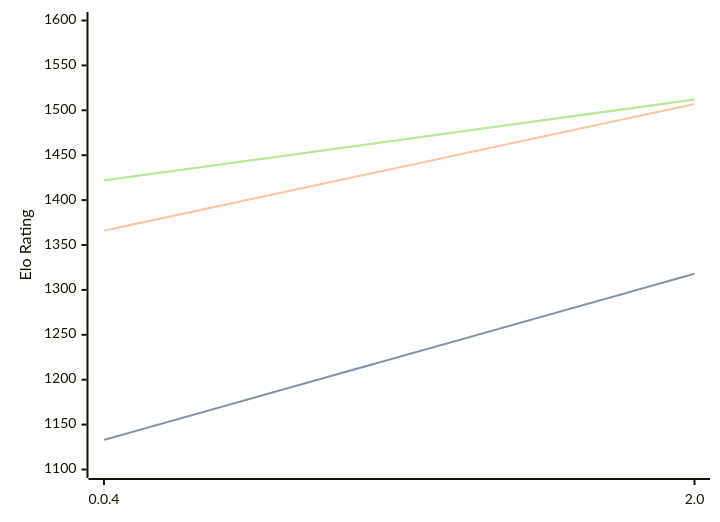
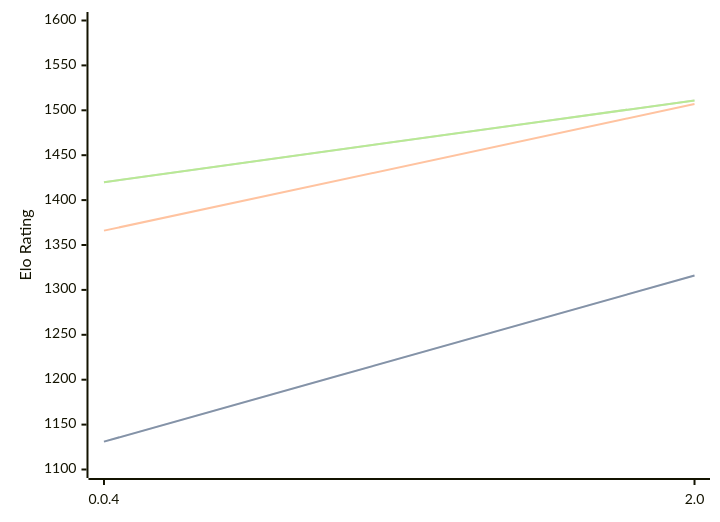
One commit to computer-chess-index/cci changed the diagram in engines/Oops!Mate.md. Above: the diagram before and after it, drawn with Mermaid. The commit also changed other lines of this file, not shown here.

Commit message:
Update CCI Ratings (ELO VLTC) - 2026-03-09

````diff
--- a/engines/Oops!Mate.md
+++ b/engines/Oops!Mate.md
@@ -49,11 +49,11 @@
 ```mermaid
 %%{init: {"theme":"base","themeVariables":{"seriesColors:['#a3a3a3','#222221','#faa371']}}}%%
 xychart-beta
   x-axis ["0.0.4", "2.0"]
   y-axis "Elo Rating" 1100 --> 1600
-  line "STC (8.0+0.08s)" [1133, 1318]
-  line "STC (8.0+0.08s)" [1133, 1318]
+  line "STC (8.0+0.08s)" [1131, 1316]
+  line "STC (8.0+0.08s)" [1131, 1316]
   line "LTC (60.0+0.60s)" [1366, 1507]
-  line "VLTC (2m24s+1.12s)" [1422, 1512]
-  line "VLTC (2m24s+1.12s)" [1422, 1512]
+  line "VLTC (2m24s+1.12s)" [1420, 1511]
+  line "VLTC (2m24s+1.12s)" [1420, 1511]
 ```
````
